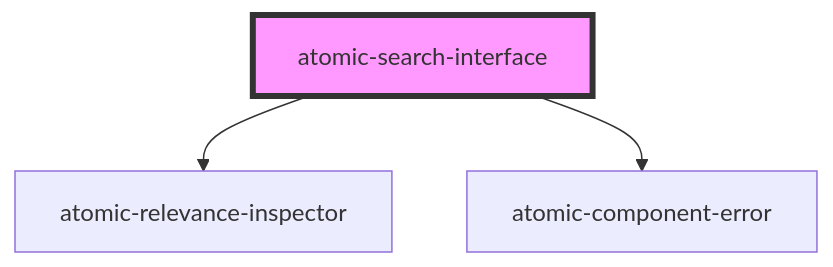
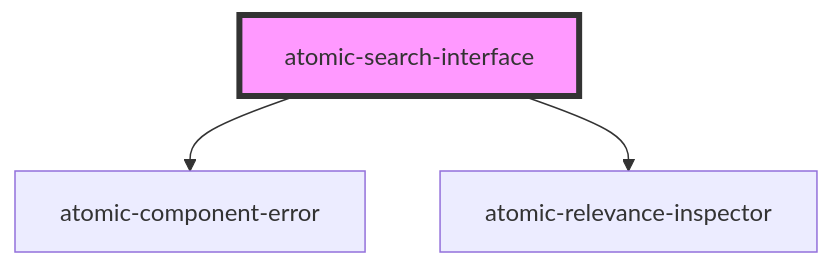
The diagram in packages/atomic/src/components/atomic-search-interface/readme.md (coveo/ui-kit), drawn with Mermaid before and after one commit. The commit also changed other lines of this file and 2 other files, not shown here.

Commit message:
run atomic build

````diff
--- a/packages/atomic/src/components/atomic-search-interface/readme.md
+++ b/packages/atomic/src/components/atomic-search-interface/readme.md
@@ -39,6 +39,6 @@
 ```mermaid
 graph TD;
+  atomic-search-interface --> atomic-component-error
   atomic-search-interface --> atomic-relevance-inspector
-  atomic-search-interface --> atomic-component-error
   style atomic-search-interface fill:#f9f,stroke:#333,stroke-width:4px
 ```
````
